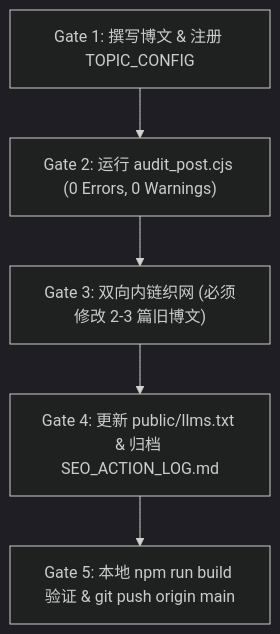
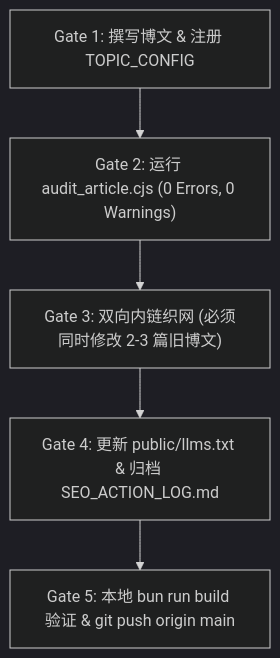
The diagram in .agent/skills/apivale-blog-publishing/SKILL.md (bshx2024/apivel_blog), drawn with Mermaid (dark theme) before and after one commit. The commit also changed other lines of this file and 1 other file, not shown here.

````diff
--- a/.agent/skills/apivale-blog-publishing/SKILL.md
+++ b/.agent/skills/apivale-blog-publishing/SKILL.md
@@ -150,7 +198,7 @@
 ```mermaid
 flowchart TD
-    G1["Gate 1: 撰写博文 & 注册 TOPIC_CONFIG"] --> G2["Gate 2: 运行 audit_post.cjs (0 Errors, 0 Warnings)"]
-    G2 --> G3["Gate 3: 双向内链织网 (必须修改 2-3 篇旧博文)"]
+    G1["Gate 1: 撰写博文 & 注册 TOPIC_CONFIG"] --> G2["Gate 2: 运行 audit_article.cjs (0 Errors, 0 Warnings)"]
+    G2 --> G3["Gate 3: 双向内链织网 (必须同时修改 2-3 篇旧博文)"]
     G3 --> G4["Gate 4: 更新 public/llms.txt & 归档 SEO_ACTION_LOG.md"]
-    G4 --> G5["Gate 5: 本地 npm run build 验证 & git push origin main"]
+    G4 --> G5["Gate 5: 本地 bun run build 验证 & git push origin main"]
 ```
````
